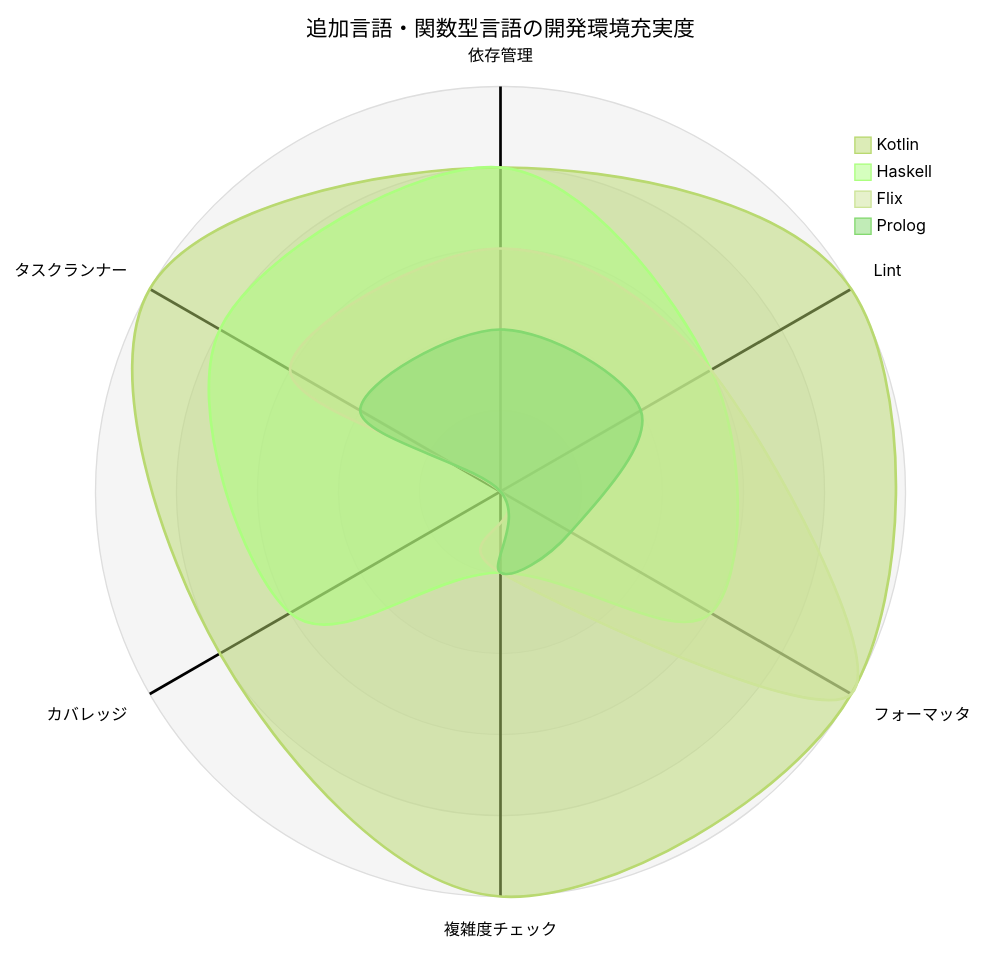
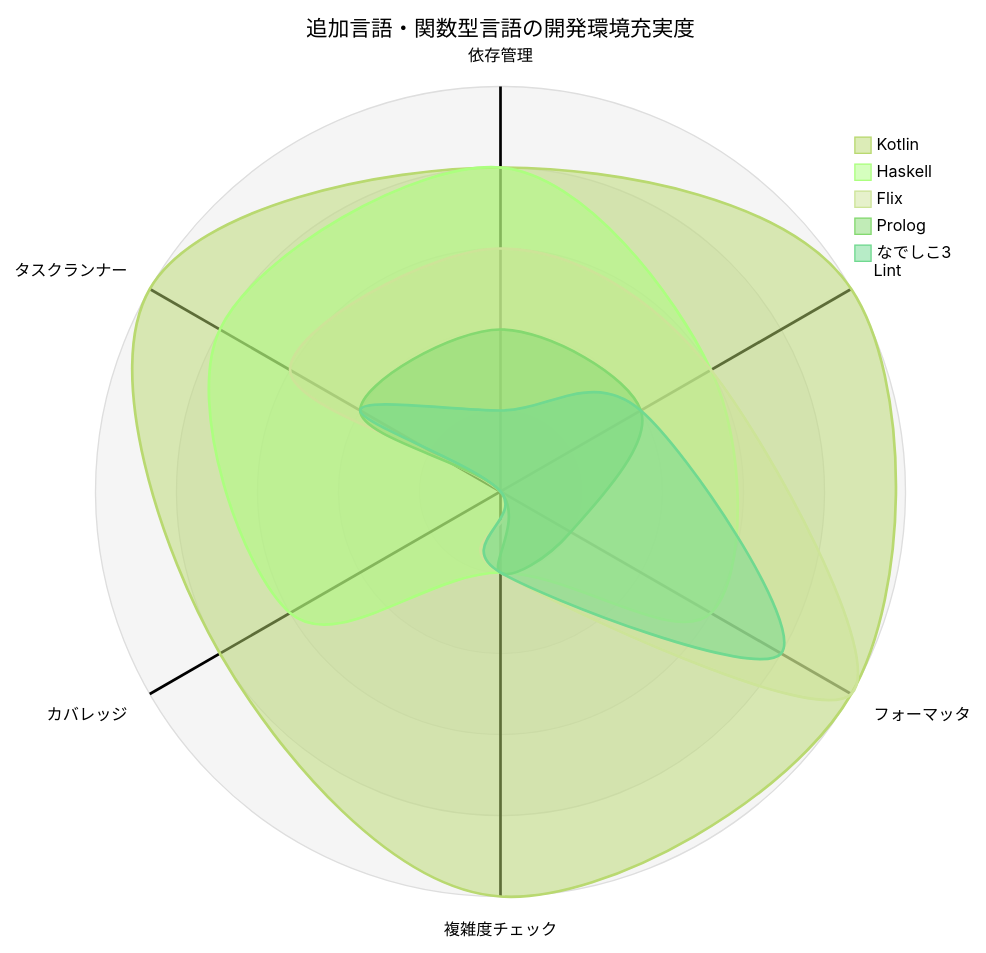
Before and after one commit to k2works/getting-started-tdd: the second of 2 diagrams in docs/article/integration/05-dev-environment-comparison.md, drawn with Mermaid (forest theme). The commit also changed other lines of this file and 10 other files, not shown here.

````diff
--- a/docs/article/integration/05-dev-environment-comparison.md
+++ b/docs/article/integration/05-dev-environment-comparison.md
@@ -401,12 +416,13 @@
 ```mermaid
 radar-beta
   title 追加言語・関数型言語の開発環境充実度
   axis dep["依存管理"], lint["Lint"], fmt["フォーマッタ"]
   axis cx["複雑度チェック"], cov["カバレッジ"], task["タスクランナー"]
   curve kotlin["Kotlin"]{4, 5, 5, 5, 4, 5}
   curve haskell["Haskell"]{4, 3, 3, 1, 3, 4}
   curve flix["Flix"]{3, 3, 5, 1, 0, 3}
   curve prolog["Prolog"]{2, 2, 1, 1, 0, 2}
+  curve nadesiko["なでしこ3"]{1, 2, 4, 1, 0, 2}
   max 5
   min 0
 ```
````
